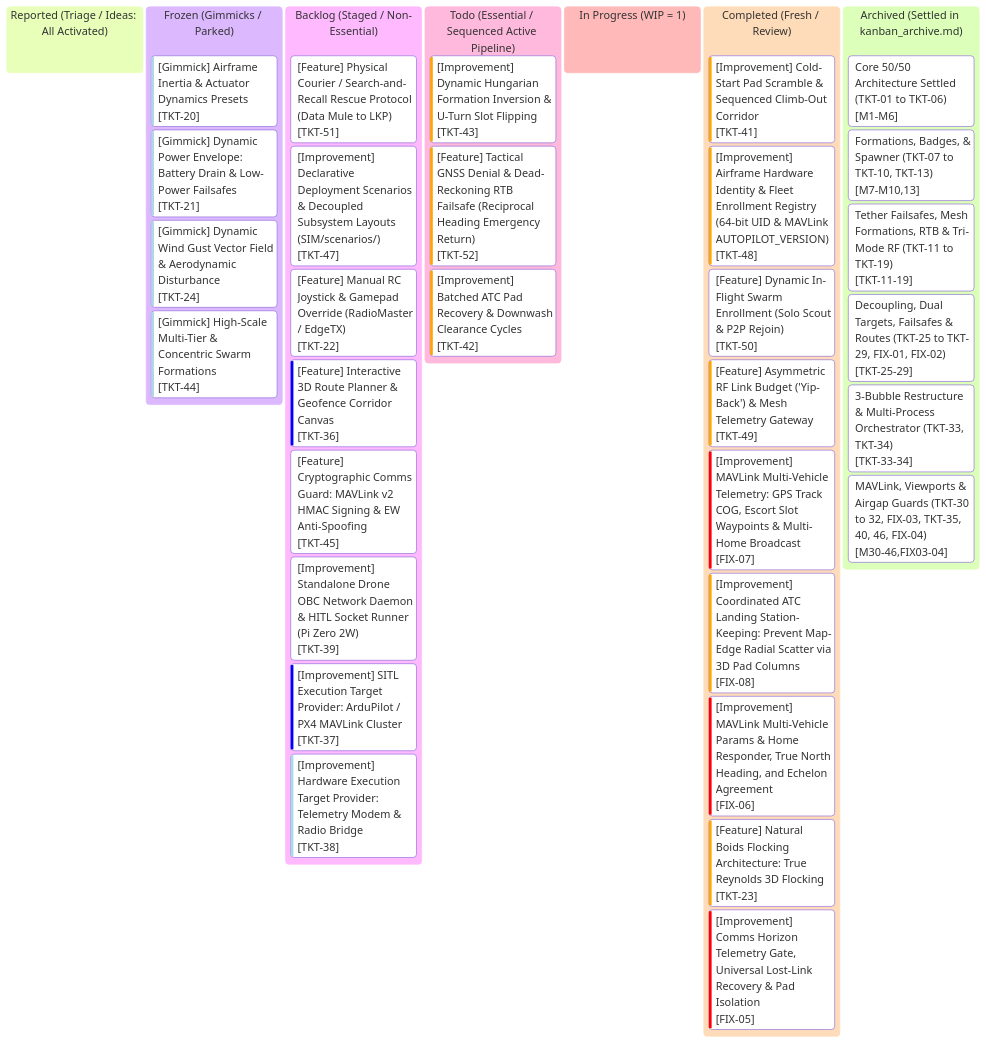
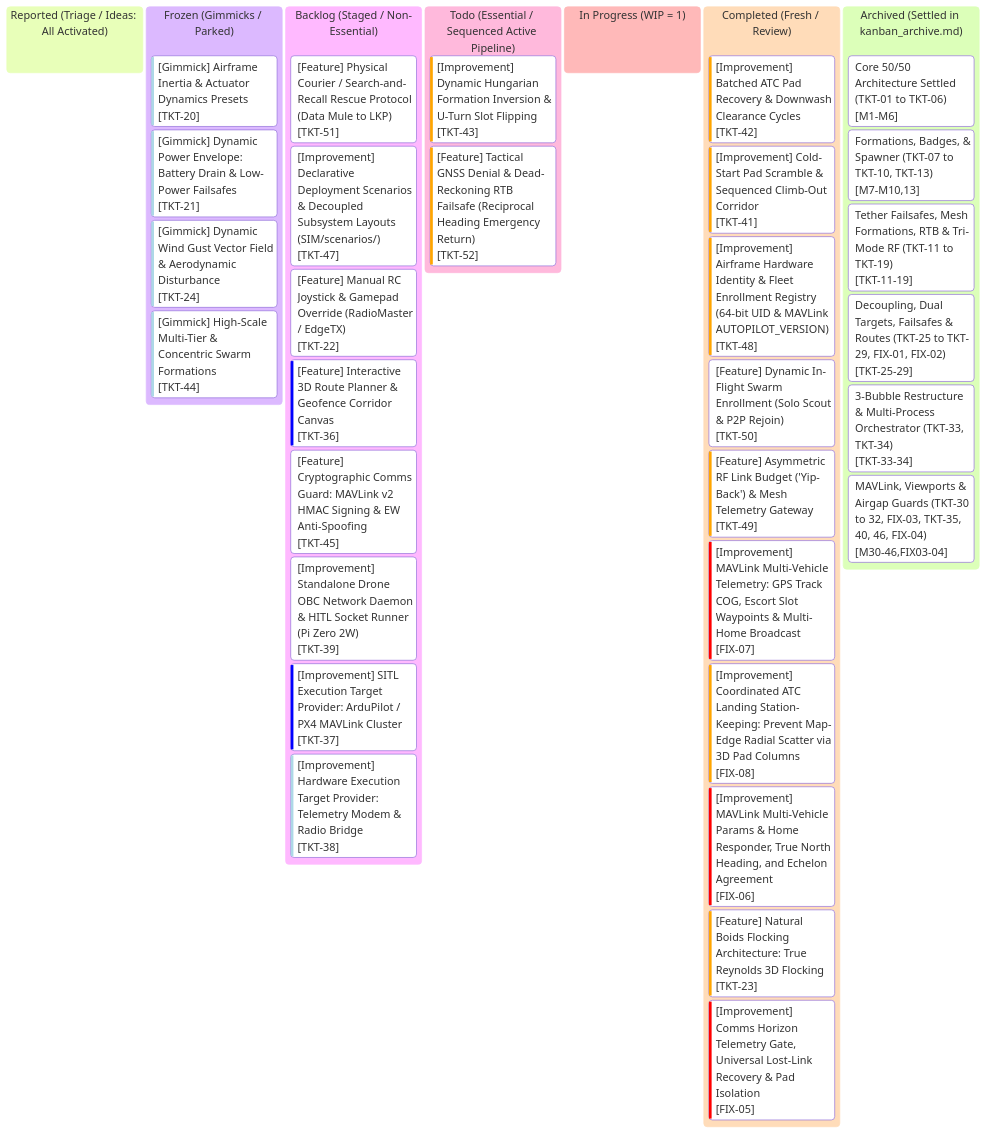
One commit to AlitheiaDeus/SwarmTech_v3-Uprising changed the diagram in kanban.md. Above: the diagram before and after it, drawn with Mermaid. The commit also changed other lines of this file and 7 other files, not shown here.

Commit message:
feat(sim): implement batched ATC pad recovery and downwash clearance cycles [TKT-42]

````diff
--- a/kanban.md
+++ b/kanban.md
@@ -10,60 +10,60 @@
 ```mermaid
 %%{init: {
   'theme': 'base',
   'themeVariables': {
     'primaryColor': '#0d2235',
     'primaryTextColor': '#d4f4ff',
     'primaryBorderColor': '#00f0ff',
     'lineColor': '#00f0ff',
     'background': '#061019',
     'mainBkg': '#0a1926',
     'secondaryColor': '#081420',
     'secondaryTextColor': '#5a7e96',
     'secondaryBorderColor': '#134e6f',
     'tertiaryColor': '#0e263d',
     'tertiaryTextColor': '#00ffaa',
     'tertiaryBorderColor': '#00ffaa',
     'clusterBkg': '#081420',
     'clusterBorder': '#134e6f',
     'fontFamily': "'JetBrains Mono', 'Courier New', monospace"
   }
 }}%%
 kanban
   reported["Reported (Triage / Ideas: All Activated)"]
   frozen["Frozen (Gimmicks / Parked)"]
     tkt20["[Gimmick] Airframe Inertia & Actuator Dynamics Presets"]@{ ticket: '[TKT-20]', priority: 'Very Low' }
     tkt21["[Gimmick] Dynamic Power Envelope: Battery Drain & Low-Power Failsafes"]@{ ticket: '[TKT-21]', priority: 'Very Low' }
     tkt24["[Gimmick] Dynamic Wind Gust Vector Field & Aerodynamic Disturbance"]@{ ticket: '[TKT-24]', priority: 'Very Low' }
     tkt44["[Gimmick] High-Scale Multi-Tier & Concentric Swarm Formations"]@{ ticket: '[TKT-44]', priority: 'Very Low' }
   backlog["Backlog (Staged / Non-Essential)"]
     tkt51["[Feature] Physical Courier / Search-and-Recall Rescue Protocol (Data Mule to LKP)"]@{ ticket: '[TKT-51]', priority: 'Medium' }
     tkt47["[Improvement] Declarative Deployment Scenarios & Decoupled Subsystem Layouts (SIM/scenarios/)"]@{ ticket: '[TKT-47]', priority: 'Medium' }
     tkt22["[Feature] Manual RC Joystick & Gamepad Override (RadioMaster / EdgeTX)"]@{ ticket: '[TKT-22]', priority: 'Medium' }
     tkt36["[Feature] Interactive 3D Route Planner & Geofence Corridor Canvas"]@{ ticket: '[TKT-36]', priority: 'Low' }
     tkt45["[Feature] Cryptographic Comms Guard: MAVLink v2 HMAC Signing & EW Anti-Spoofing"]@{ ticket: '[TKT-45]', priority: 'Medium' }
     tkt39["[Improvement] Standalone Drone OBC Network Daemon & HITL Socket Runner (Pi Zero 2W)"]@{ ticket: '[TKT-39]', priority: 'Medium' }
     tkt37["[Improvement] SITL Execution Target Provider: ArduPilot / PX4 MAVLink Cluster"]@{ ticket: '[TKT-37]', priority: 'Low' }
     tkt38["[Improvement] Hardware Execution Target Provider: Telemetry Modem & Radio Bridge"]@{ ticket: '[TKT-38]', priority: 'Very Low' }
   todo["Todo (Essential / Sequenced Active Pipeline)"]
     tkt43["[Improvement] Dynamic Hungarian Formation Inversion & U-Turn Slot Flipping"]@{ ticket: '[TKT-43]', priority: 'High' }
     tkt52["[Feature] Tactical GNSS Denial & Dead-Reckoning RTB Failsafe (Reciprocal Heading Emergency Return)"]@{ ticket: '[TKT-52]', priority: 'High' }
-    tkt42["[Improvement] Batched ATC Pad Recovery & Downwash Clearance Cycles"]@{ ticket: '[TKT-42]', priority: 'High' }
   in_progress["In Progress (WIP = 1)"]
   completed["Completed (Fresh / Review)"]
+    tkt42["[Improvement] Batched ATC Pad Recovery & Downwash Clearance Cycles"]@{ ticket: '[TKT-42]', priority: 'High' }
     tkt41["[Improvement] Cold-Start Pad Scramble & Sequenced Climb-Out Corridor"]@{ ticket: '[TKT-41]', priority: 'High' }
     tkt48["[Improvement] Airframe Hardware Identity & Fleet Enrollment Registry (64-bit UID & MAVLink AUTOPILOT_VERSION)"]@{ ticket: '[TKT-48]', priority: 'High' }
     tkt50["[Feature] Dynamic In-Flight Swarm Enrollment (Solo Scout & P2P Rejoin)"]@{ ticket: '[TKT-50]', priority: 'Medium' }
     tkt49["[Feature] Asymmetric RF Link Budget ('Yip-Back') & Mesh Telemetry Gateway"]@{ ticket: '[TKT-49]', priority: 'High' }
     fix07["[Improvement] MAVLink Multi-Vehicle Telemetry: GPS Track COG, Escort Slot Waypoints & Multi-Home Broadcast"]@{ ticket: '[FIX-07]', priority: 'Very High' }
     fix08["[Improvement] Coordinated ATC Landing Station-Keeping: Prevent Map-Edge Radial Scatter via 3D Pad Columns"]@{ ticket: '[FIX-08]', priority: 'High' }
     fix06["[Improvement] MAVLink Multi-Vehicle Params & Home Responder, True North Heading, and Echelon Agreement"]@{ ticket: '[FIX-06]', priority: 'Very High' }
     tkt23["[Feature] Natural Boids Flocking Architecture: True Reynolds 3D Flocking"]@{ ticket: '[TKT-23]', priority: 'High' }
     fix05["[Improvement] Comms Horizon Telemetry Gate, Universal Lost-Link Recovery & Pad Isolation"]@{ ticket: '[FIX-05]', priority: 'Very High' }
   archived["Archived (Settled in kanban_archive.md)"]
     arch_m1_6["Core 50/50 Architecture Settled (TKT-01 to TKT-06)"]@{ ticket: '[M1-M6]' }
     arch_m7_10_13["Formations, Badges, & Spawner (TKT-07 to TKT-10, TKT-13)"]@{ ticket: '[M7-M10,13]' }
     arch_m11_19["Tether Failsafes, Mesh Formations, RTB & Tri-Mode RF (TKT-11 to TKT-19)"]@{ ticket: '[TKT-11-19]' }
     arch_m25_29["Decoupling, Dual Targets, Failsafes & Routes (TKT-25 to TKT-29, FIX-01, FIX-02)"]@{ ticket: '[TKT-25-29]' }
     arch_m33_34["3-Bubble Restructure & Multi-Process Orchestrator (TKT-33, TKT-34)"]@{ ticket: '[TKT-33-34]' }
     arch_m30_46_fix03_04["MAVLink, Viewports & Airgap Guards (TKT-30 to 32, FIX-03, TKT-35, 40, 46, FIX-04)"]@{ ticket: '[M30-46,FIX03-04]' }
 ```
````
